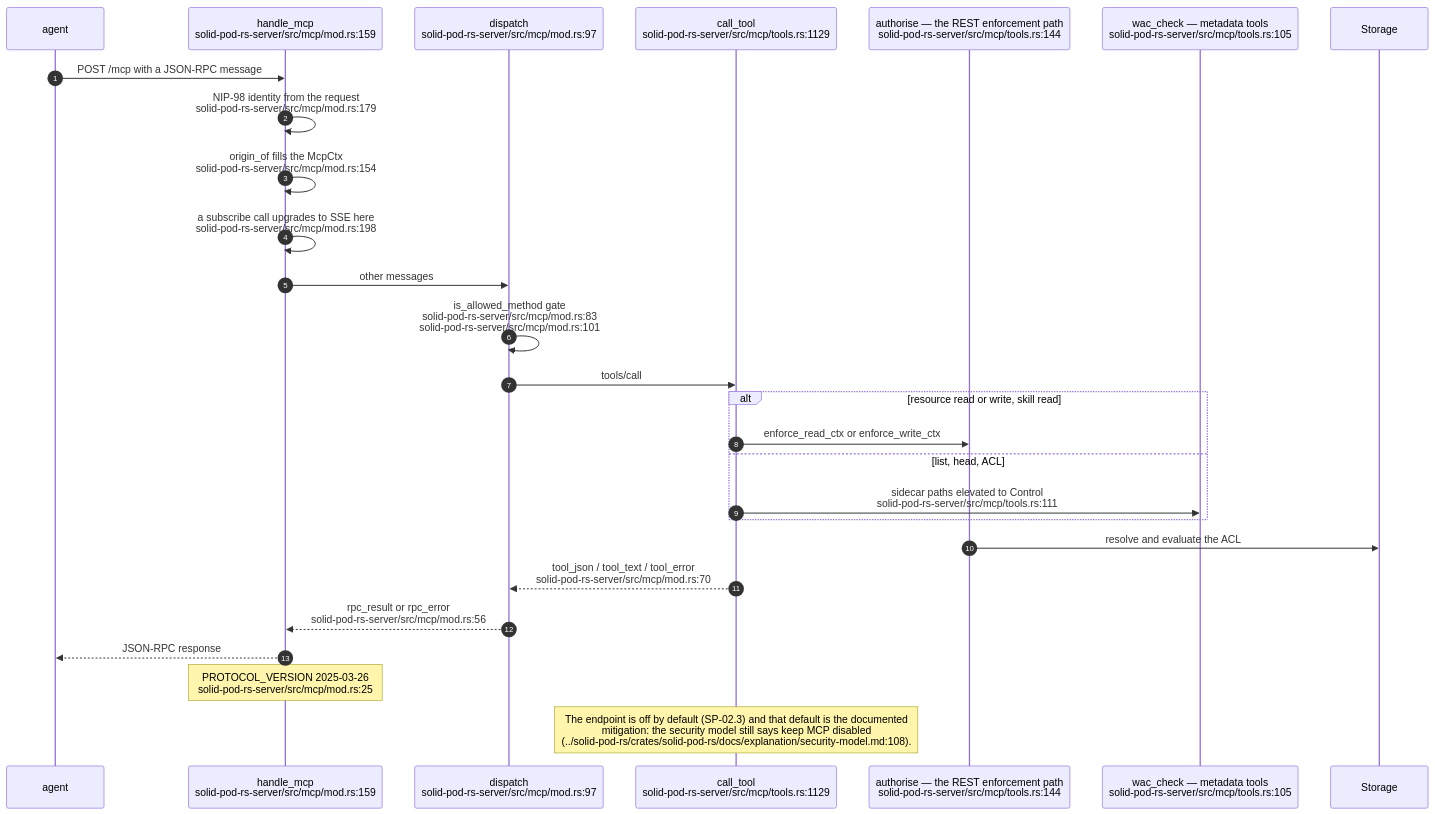
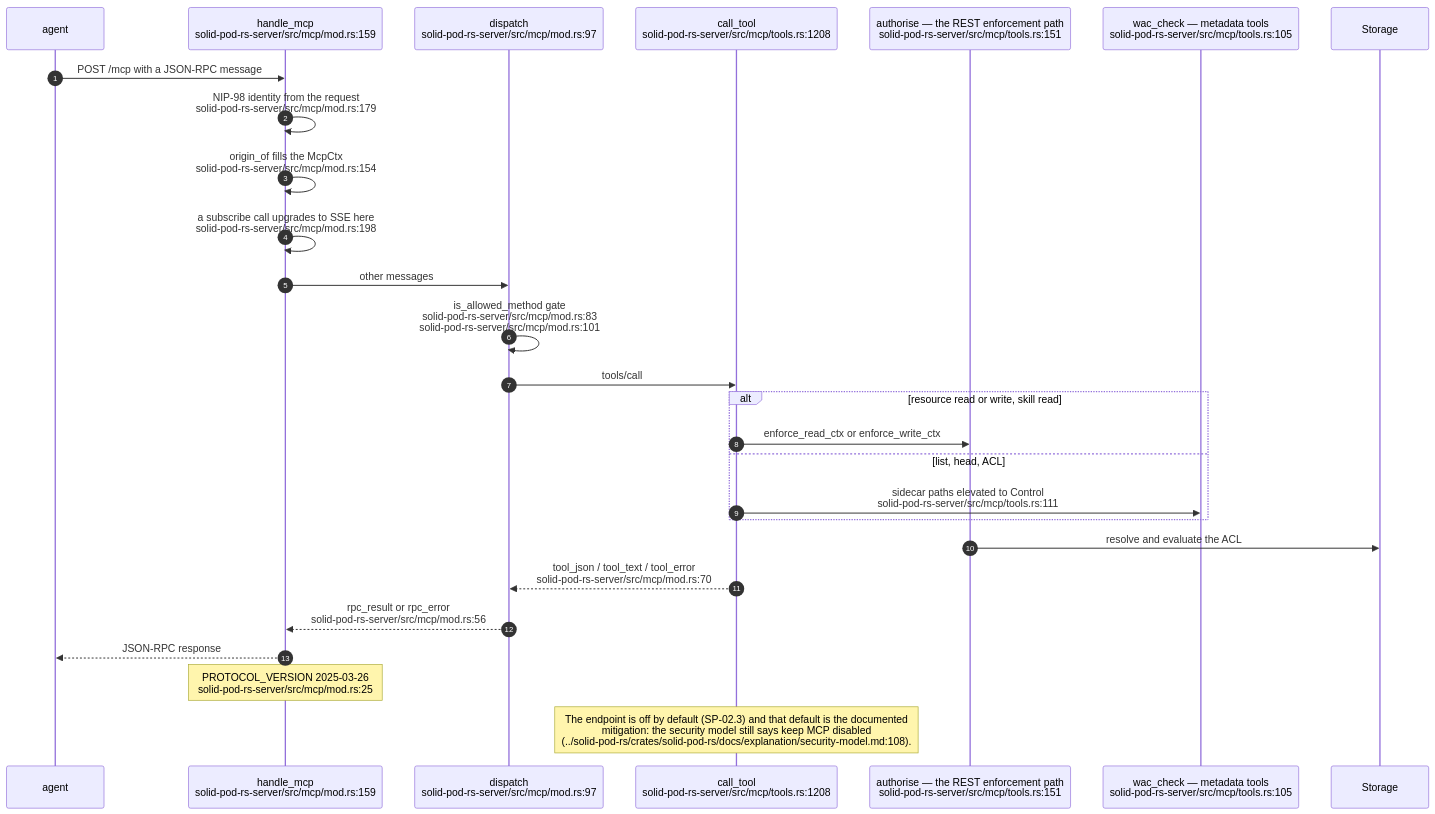
Before and after one commit to DreamLab-AI/VisionFlow: diagram 13 of 21 in docs/diagrams/solid-pod-rs/08-federation-notifications-forge-mcp.md, drawn with Mermaid. The commit also changed other lines of this file and 1 other file, not shown here.

First line of the commit message:
docs(diagrams): SP-08, SP-14 re-verified at solid-pod-rs a28a748

````diff
--- a/docs/diagrams/solid-pod-rs/08-federation-notifications-forge-mcp.md
+++ b/docs/diagrams/solid-pod-rs/08-federation-notifications-forge-mcp.md
@@ -479,31 +483,31 @@
 ```mermaid
 sequenceDiagram
     autonumber
     participant A as agent
     participant H as handle_mcp<br/>solid-pod-rs-server/src/mcp/mod.rs:159
     participant D as dispatch<br/>solid-pod-rs-server/src/mcp/mod.rs:97
-    participant T as call_tool<br/>solid-pod-rs-server/src/mcp/tools.rs:1129
-    participant AU as authorise — the REST enforcement path<br/>solid-pod-rs-server/src/mcp/tools.rs:144
+    participant T as call_tool<br/>solid-pod-rs-server/src/mcp/tools.rs:1208
+    participant AU as authorise — the REST enforcement path<br/>solid-pod-rs-server/src/mcp/tools.rs:151
     participant W as wac_check — metadata tools<br/>solid-pod-rs-server/src/mcp/tools.rs:105
     participant S as Storage
 
     A->>H: POST /mcp with a JSON-RPC message
     H->>H: NIP-98 identity from the request<br/>solid-pod-rs-server/src/mcp/mod.rs:179
     H->>H: origin_of fills the McpCtx<br/>solid-pod-rs-server/src/mcp/mod.rs:154
     H->>H: a subscribe call upgrades to SSE here<br/>solid-pod-rs-server/src/mcp/mod.rs:198
     H->>D: other messages
     D->>D: is_allowed_method gate<br/>solid-pod-rs-server/src/mcp/mod.rs:83<br/>solid-pod-rs-server/src/mcp/mod.rs:101
     D->>T: tools/call
     alt resource read or write, skill read
         T->>AU: enforce_read_ctx or enforce_write_ctx
     else list, head, ACL
         T->>W: sidecar paths elevated to Control<br/>solid-pod-rs-server/src/mcp/tools.rs:111
     end
     AU->>S: resolve and evaluate the ACL
     T-->>D: tool_json / tool_text / tool_error<br/>solid-pod-rs-server/src/mcp/mod.rs:70
     D-->>H: rpc_result or rpc_error<br/>solid-pod-rs-server/src/mcp/mod.rs:56
     H-->>A: JSON-RPC response
 
     Note over H: PROTOCOL_VERSION 2025-03-26<br/>solid-pod-rs-server/src/mcp/mod.rs:25
     Note over T: The endpoint is off by default (SP-02.3) and that default is the documented<br/>mitigation: the security model still says keep MCP disabled<br/>(../solid-pod-rs/crates/solid-pod-rs/docs/explanation/security-model.md:108).
 ```
````
